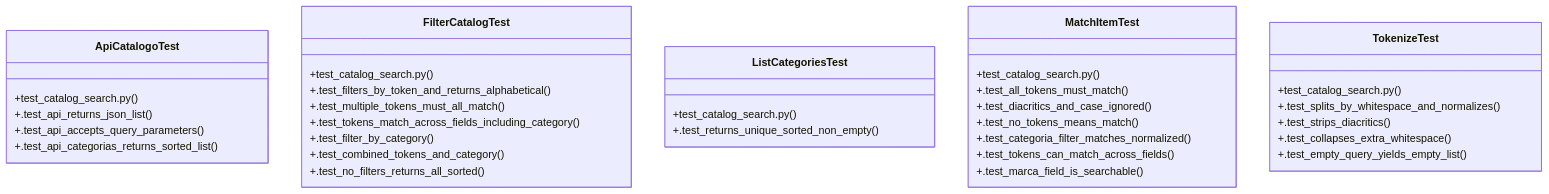
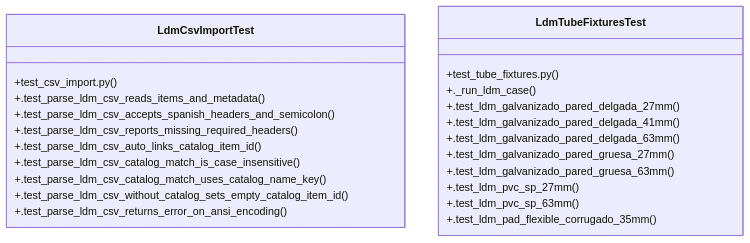
One commit to Daftrick/ProjectTracker changed the diagram in graphify-out/wiki/Community_9.md. Above: the diagram before and after it, drawn with Mermaid. The commit also changed other lines of this file and 373 other files, not shown here.

````diff
--- a/graphify-out/wiki/Community_9.md
+++ b/graphify-out/wiki/Community_9.md
@@ -36,38 +36,26 @@
 ```mermaid
 classDiagram
-    class ApiCatalogoTest {
-        +test_catalog_search.py()
-        +.test_api_returns_json_list()
-        +.test_api_accepts_query_parameters()
-        +.test_api_categorias_returns_sorted_list()
+    class LdmCsvImportTest {
+        +test_csv_import.py()
+        +.test_parse_ldm_csv_reads_items_and_metadata()
+        +.test_parse_ldm_csv_accepts_spanish_headers_and_semicolon()
+        +.test_parse_ldm_csv_reports_missing_required_headers()
+        +.test_parse_ldm_csv_auto_links_catalog_item_id()
+        +.test_parse_ldm_csv_catalog_match_is_case_insensitive()
+        +.test_parse_ldm_csv_catalog_match_uses_catalog_name_key()
+        +.test_parse_ldm_csv_without_catalog_sets_empty_catalog_item_id()
+        +.test_parse_ldm_csv_returns_error_on_ansi_encoding()
     }
-    class FilterCatalogTest {
-        +test_catalog_search.py()
-        +.test_filters_by_token_and_returns_alphabetical()
-        +.test_multiple_tokens_must_all_match()
-        +.test_tokens_match_across_fields_including_category()
-        +.test_filter_by_category()
-        +.test_combined_tokens_and_category()
-        +.test_no_filters_returns_all_sorted()
-    }
-    class ListCategoriesTest {
-        +test_catalog_search.py()
-        +.test_returns_unique_sorted_non_empty()
-    }
-    class MatchItemTest {
-        +test_catalog_search.py()
-        +.test_all_tokens_must_match()
-        +.test_diacritics_and_case_ignored()
-        +.test_no_tokens_means_match()
-        +.test_categoria_filter_matches_normalized()
-        +.test_tokens_can_match_across_fields()
-        +.test_marca_field_is_searchable()
-    }
-    class TokenizeTest {
-        +test_catalog_search.py()
-        +.test_splits_by_whitespace_and_normalizes()
-        +.test_strips_diacritics()
-        +.test_collapses_extra_whitespace()
-        +.test_empty_query_yields_empty_list()
+    class LdmTubeFixturesTest {
+        +test_tube_fixtures.py()
+        +._run_ldm_case()
+        +.test_ldm_galvanizado_pared_delgada_27mm()
+        +.test_ldm_galvanizado_pared_delgada_41mm()
+        +.test_ldm_galvanizado_pared_delgada_63mm()
+        +.test_ldm_galvanizado_pared_gruesa_27mm()
+        +.test_ldm_galvanizado_pared_gruesa_63mm()
+        +.test_ldm_pvc_sp_27mm()
+        +.test_ldm_pvc_sp_63mm()
+        +.test_ldm_pad_flexible_corrugado_35mm()
     }
 ```
````
